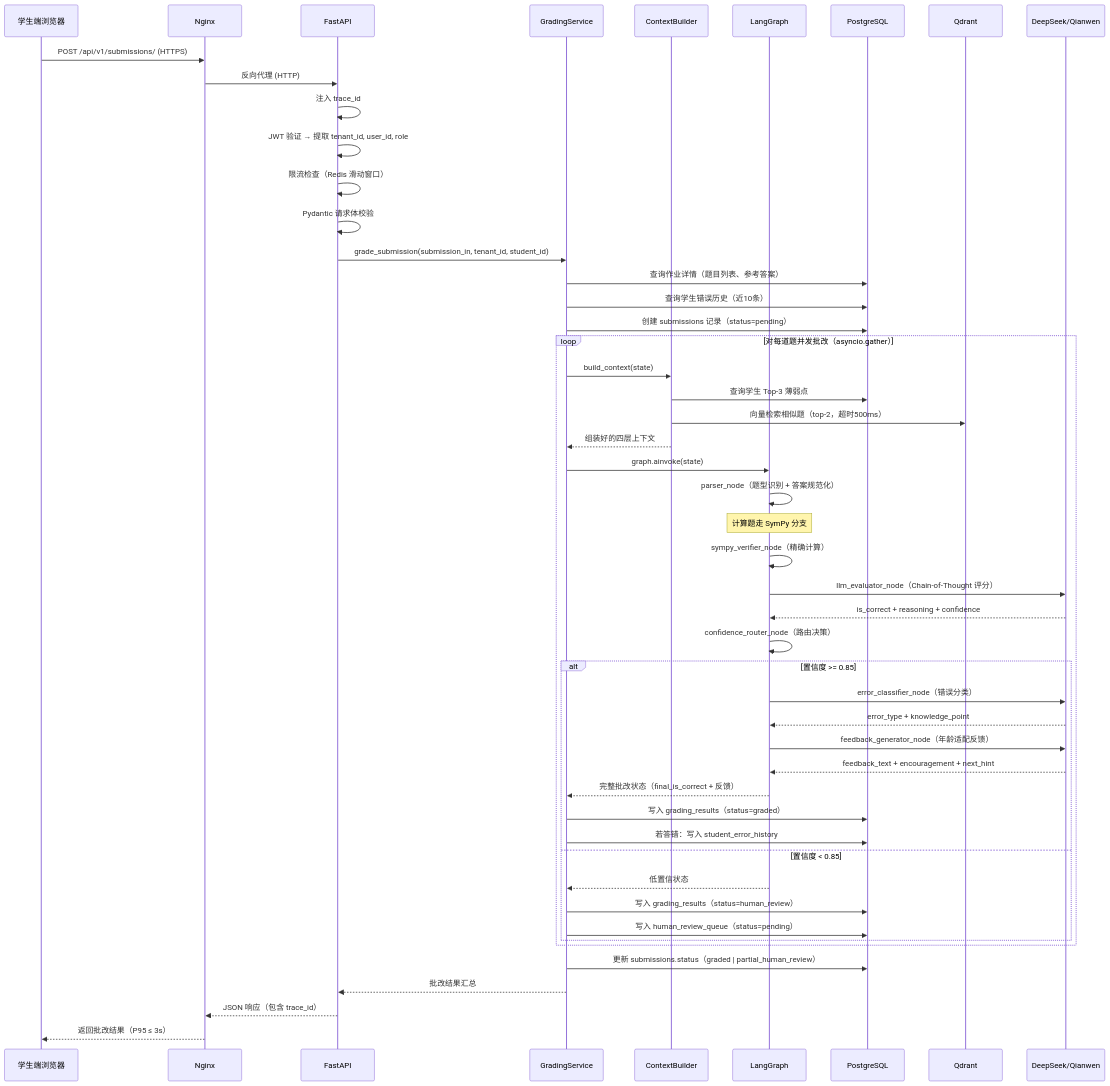
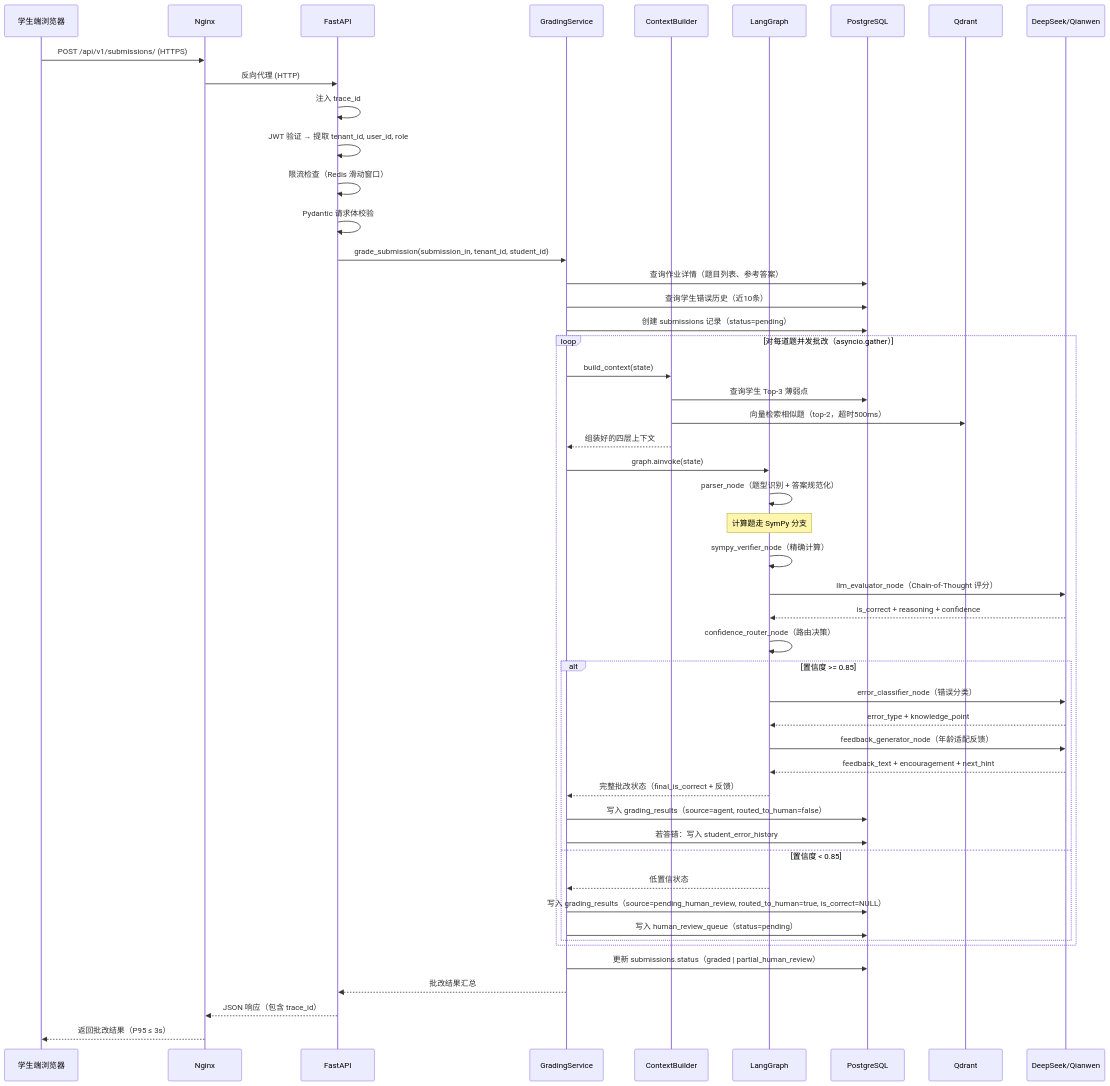
Before and after one commit to CJWDJSLZL/Soaring-Voyage: the second of 8 diagrams in docs/design.md, drawn with Mermaid. The commit also changed other lines of this file and 8 other files, not shown here.

Commit message:
docs: resolve remaining architecture conflicts

````diff
--- a/docs/design.md
+++ b/docs/design.md
@@ -117,58 +118,58 @@
 ```mermaid
 sequenceDiagram
     participant S as 学生端浏览器
     participant N as Nginx
     participant API as FastAPI
     participant GS as GradingService
     participant CTX as ContextBuilder
     participant LG as LangGraph
     participant DB as PostgreSQL
     participant QD as Qdrant
     participant LLM as DeepSeek/Qianwen
 
     S->>N: POST /api/v1/submissions/ (HTTPS)
     N->>API: 反向代理 (HTTP)
     API->>API: 注入 trace_id
     API->>API: JWT 验证 → 提取 tenant_id, user_id, role
     API->>API: 限流检查（Redis 滑动窗口）
     API->>API: Pydantic 请求体校验
     API->>GS: grade_submission(submission_in, tenant_id, student_id)
 
     GS->>DB: 查询作业详情（题目列表、参考答案）
     GS->>DB: 查询学生错误历史（近10条）
     GS->>DB: 创建 submissions 记录（status=pending）
 
     loop 对每道题并发批改（asyncio.gather）
         GS->>CTX: build_context(state)
         CTX->>DB: 查询学生 Top-3 薄弱点
         CTX->>QD: 向量检索相似题（top-2，超时500ms）
         CTX-->>GS: 组装好的四层上下文
         GS->>LG: graph.ainvoke(state)
 
         LG->>LG: parser_node（题型识别 + 答案规范化）
         note over LG: 计算题走 SymPy 分支
         LG->>LG: sympy_verifier_node（精确计算）
         LG->>LLM: llm_evaluator_node（Chain-of-Thought 评分）
         LLM-->>LG: is_correct + reasoning + confidence
         LG->>LG: confidence_router_node（路由决策）
 
         alt 置信度 >= 0.85
             LG->>LLM: error_classifier_node（错误分类）
             LLM-->>LG: error_type + knowledge_point
             LG->>LLM: feedback_generator_node（年龄适配反馈）
             LLM-->>LG: feedback_text + encouragement + next_hint
             LG-->>GS: 完整批改状态（final_is_correct + 反馈）
-            GS->>DB: 写入 grading_results（status=graded）
+            GS->>DB: 写入 grading_results（source=agent, routed_to_human=false）
             GS->>DB: 若答错：写入 student_error_history
         else 置信度 < 0.85
             LG-->>GS: 低置信状态
-            GS->>DB: 写入 grading_results（status=human_review）
+            GS->>DB: 写入 grading_results（source=pending_human_review, routed_to_human=true, is_correct=NULL）
             GS->>DB: 写入 human_review_queue（status=pending）
         end
     end
 
     GS->>DB: 更新 submissions.status（graded | partial_human_review）
     GS-->>API: 批改结果汇总
     API-->>N: JSON 响应（包含 trace_id）
     N-->>S: 返回批改结果（P95 ≤ 3s）
 ```
````
